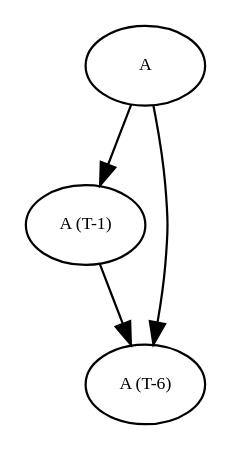
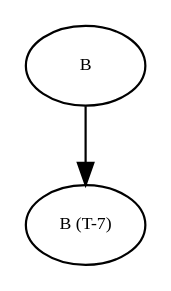
One commit to amso100/livescript-declarations changed the diagram in graphs/debug_tree0.dot. Above: the diagram before and after it, drawn with Graphviz. The commit also changed 15 other files, not shown here.

```diff
--- a/graphs/debug_tree0.dot
+++ b/graphs/debug_tree0.dot
@@ -1,28 +1,15 @@
 digraph RGL__DirectedAdjacencyGraph {
-    "A (T-1)" [
+    B [
         fontsize = 8,
-        label = "A (T-1)"
+        label = B
     ]
 
-    "A (T-6)" [
+    "B (T-7)" [
         fontsize = 8,
-        label = "A (T-6)"
+        label = "B (T-7)"
     ]
 
-    A [
-        fontsize = 8,
-        label = A
-    ]
-
-    "A (T-1)" -> "A (T-6)" [
-        fontsize = 8
-    ]
-
-    A -> "A (T-6)" [
-        fontsize = 8
-    ]
-
-    A -> "A (T-1)" [
+    B -> "B (T-7)" [
         fontsize = 8
     ]
 }
```
